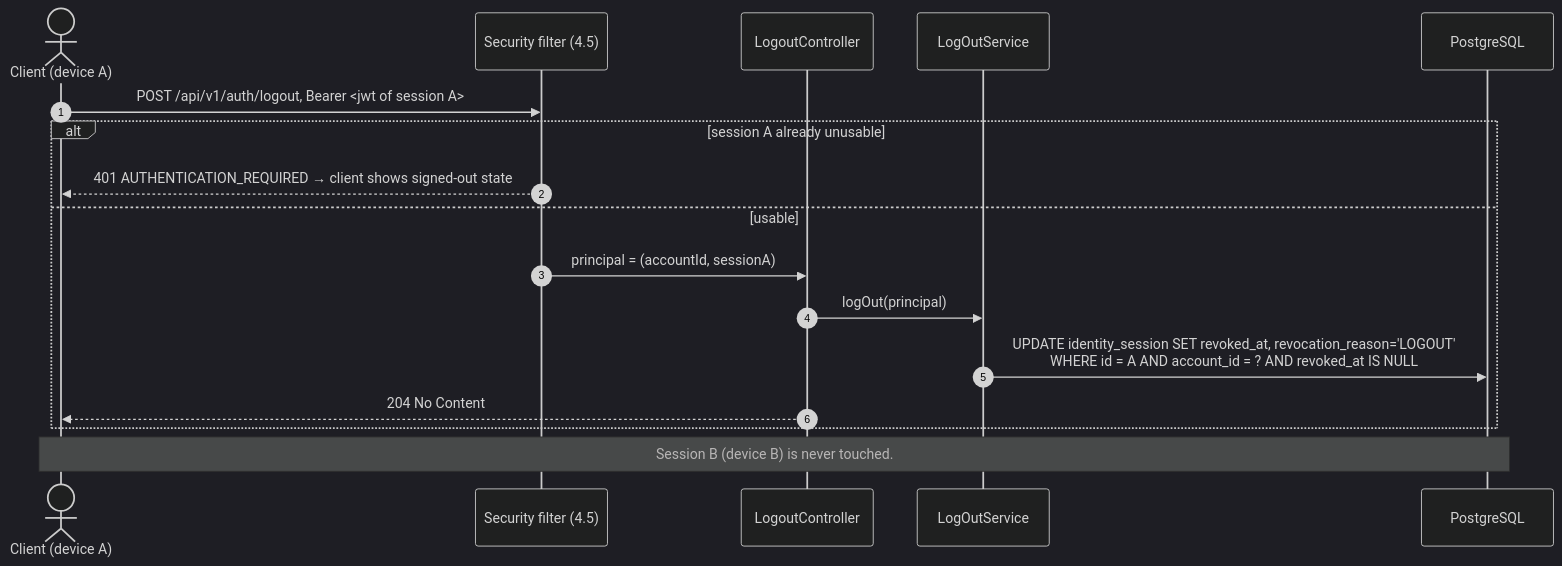
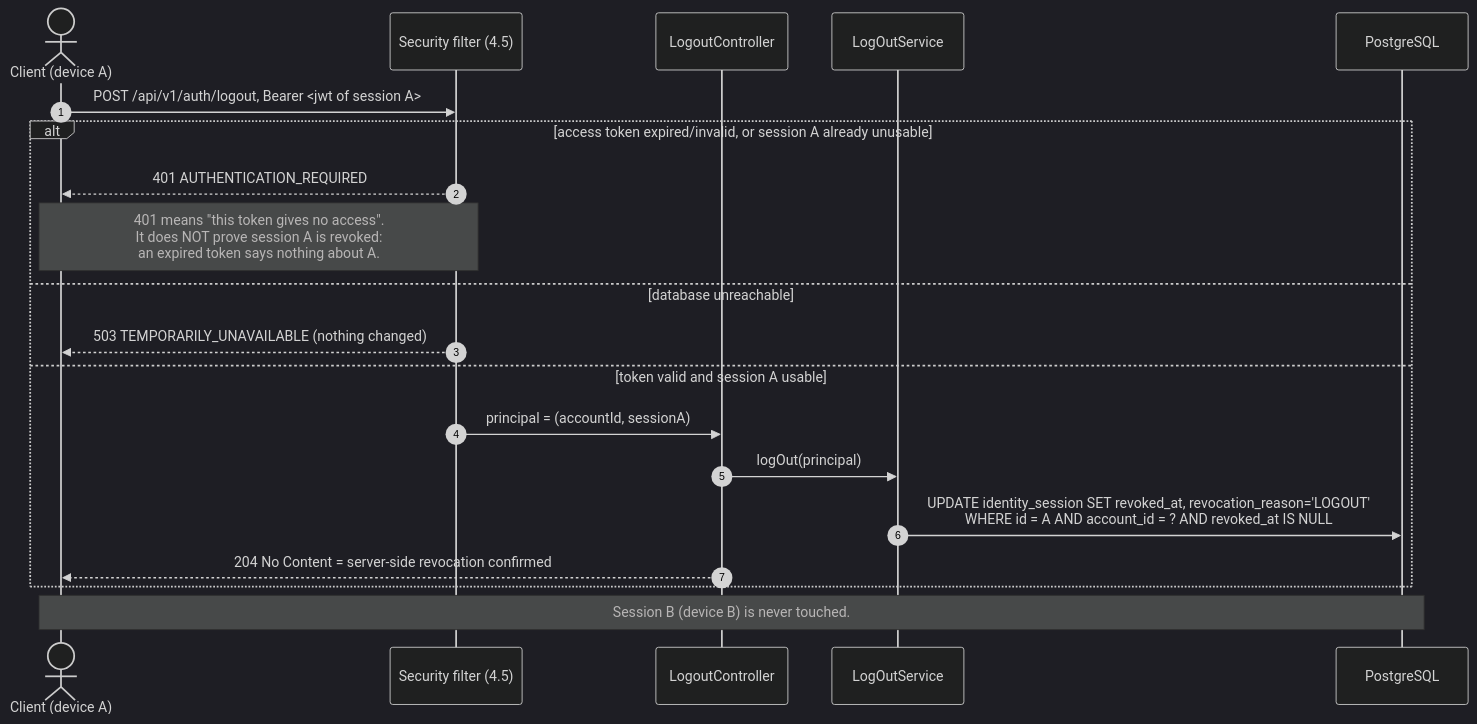
One commit to luubinhdeptrai/CapsuleAI changed the sixth of 8 diagrams in docs/06-scrum/sprints/sprint-01/implementation-guides/shared-architecture.md. Above: the diagram before and after it, drawn with Mermaid (dark theme). The commit also changed other lines of this file and 5 other files, not shown here.

````diff
--- a/docs/06-scrum/sprints/sprint-01/implementation-guides/shared-architecture.md
+++ b/docs/06-scrum/sprints/sprint-01/implementation-guides/shared-architecture.md
@@ -363,19 +382,22 @@
 ```mermaid
 sequenceDiagram
     autonumber
     actor C as Client (device A)
     participant F as Security filter (4.5)
     participant LC as LogoutController
     participant S as LogOutService
     participant DB as PostgreSQL
     C->>F: POST /api/v1/auth/logout, Bearer <jwt of session A>
-    alt session A already unusable
-        F-->>C: 401 AUTHENTICATION_REQUIRED → client shows signed-out state
-    else usable
+    alt access token expired/invalid, or session A already unusable
+        F-->>C: 401 AUTHENTICATION_REQUIRED
+        Note over C,F: 401 means "this token gives no access".<br/>It does NOT prove session A is revoked:<br/>an expired token says nothing about A.
+    else database unreachable
+        F-->>C: 503 TEMPORARILY_UNAVAILABLE (nothing changed)
+    else token valid and session A usable
         F->>LC: principal = (accountId, sessionA)
         LC->>S: logOut(principal)
         S->>DB: UPDATE identity_session SET revoked_at, revocation_reason='LOGOUT'<br/>WHERE id = A AND account_id = ? AND revoked_at IS NULL
-        LC-->>C: 204 No Content
+        LC-->>C: 204 No Content = server-side revocation confirmed
     end
     Note over C,DB: Session B (device B) is never touched.
 ```
````
